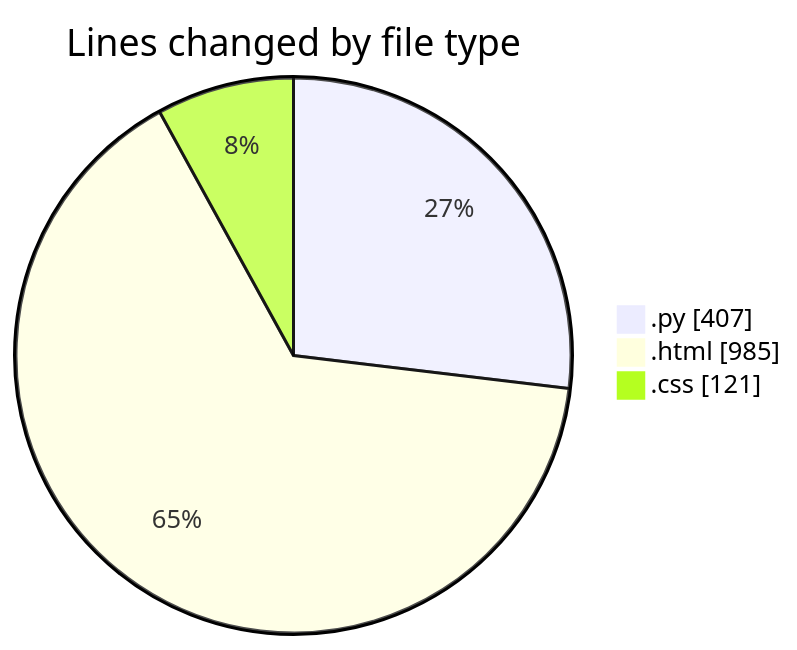
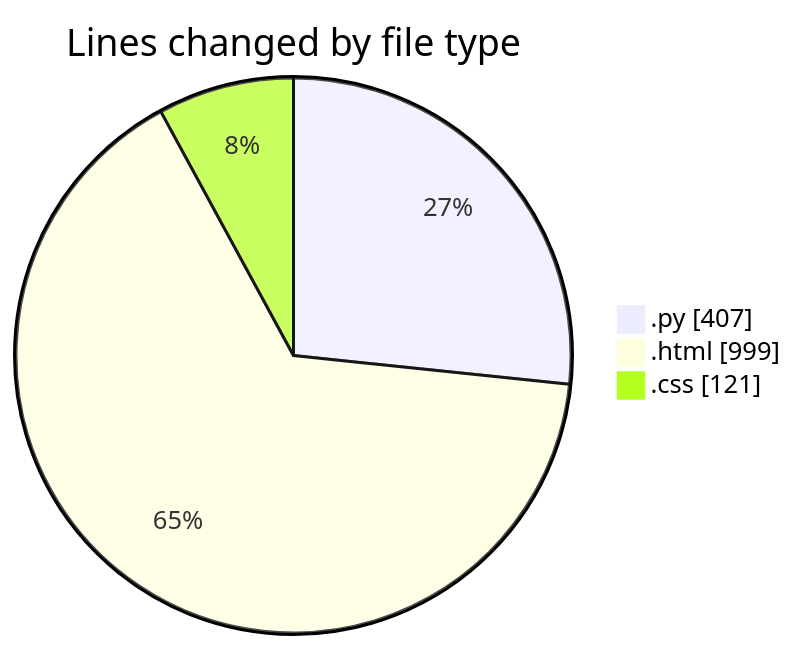
Before and after one commit to Elitesun/code-tracking: the first of 2 diagrams in 2025-01-31/flask/README.md, drawn with Mermaid. The commit also changed other lines of this file and 1 other file, not shown here.

````diff
--- a/2025-01-31/flask/README.md
+++ b/2025-01-31/flask/README.md
@@ -25,7 +25,7 @@
 ```mermaid
 pie showData
 title Lines changed by file type
 ".py" : 407
-".html" : 985
+".html" : 999
 ".css" : 121
 ```
````
